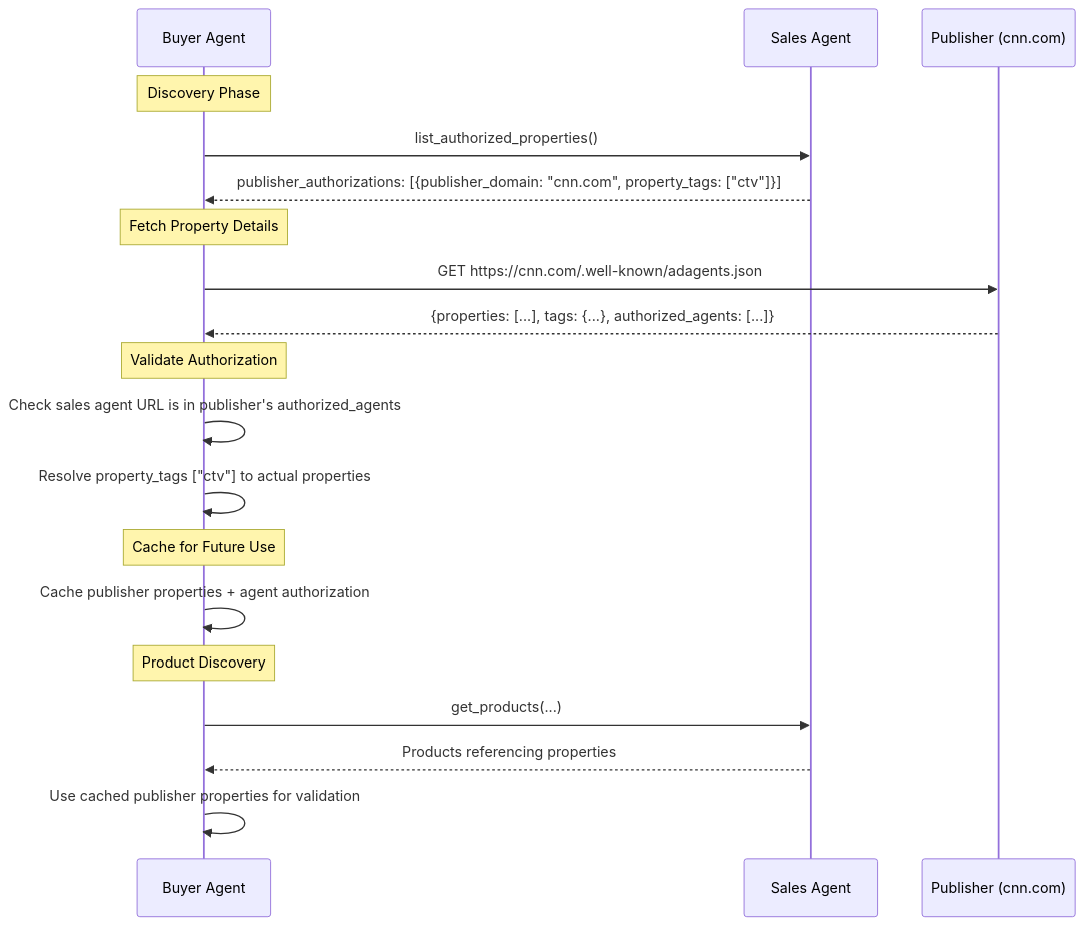
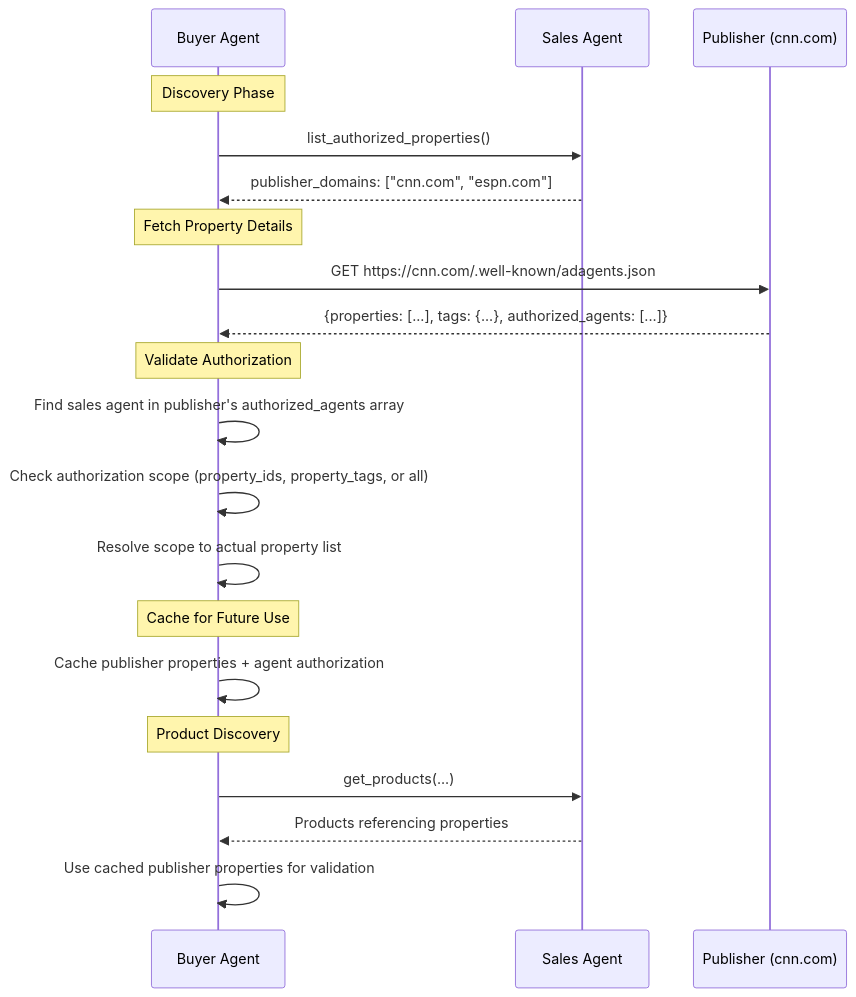
Before and after one commit to adcontextprotocol/adcp: the diagram in docs/media-buy/task-reference/list_authorized_properties.md, drawn with Mermaid. The commit also changed other lines of this file and 2 other files, not shown here.

````diff
--- a/docs/media-buy/task-reference/list_authorized_properties.md
+++ b/docs/media-buy/task-reference/list_authorized_properties.md
@@ -76,26 +63,27 @@
 ```mermaid
 sequenceDiagram
     participant Buyer as Buyer Agent
     participant Sales as Sales Agent
     participant Publisher as Publisher (cnn.com)
 
     Note over Buyer: Discovery Phase
     Buyer->>Sales: list_authorized_properties()
-    Sales-->>Buyer: publisher_authorizations: [{publisher_domain: "cnn.com", property_tags: ["ctv"]}]
+    Sales-->>Buyer: publisher_domains: ["cnn.com", "espn.com"]
 
     Note over Buyer: Fetch Property Details
     Buyer->>Publisher: GET https://cnn.com/.well-known/adagents.json
     Publisher-->>Buyer: {properties: [...], tags: {...}, authorized_agents: [...]}
 
     Note over Buyer: Validate Authorization
-    Buyer->>Buyer: Check sales agent URL is in publisher's authorized_agents
-    Buyer->>Buyer: Resolve property_tags ["ctv"] to actual properties
+    Buyer->>Buyer: Find sales agent in publisher's authorized_agents array
+    Buyer->>Buyer: Check authorization scope (property_ids, property_tags, or all)
+    Buyer->>Buyer: Resolve scope to actual property list
 
     Note over Buyer: Cache for Future Use
     Buyer->>Buyer: Cache publisher properties + agent authorization
 
     Note over Buyer: Product Discovery
     Buyer->>Sales: get_products(...)
     Sales-->>Buyer: Products referencing properties
     Buyer->>Buyer: Use cached publisher properties for validation
 ```
````
